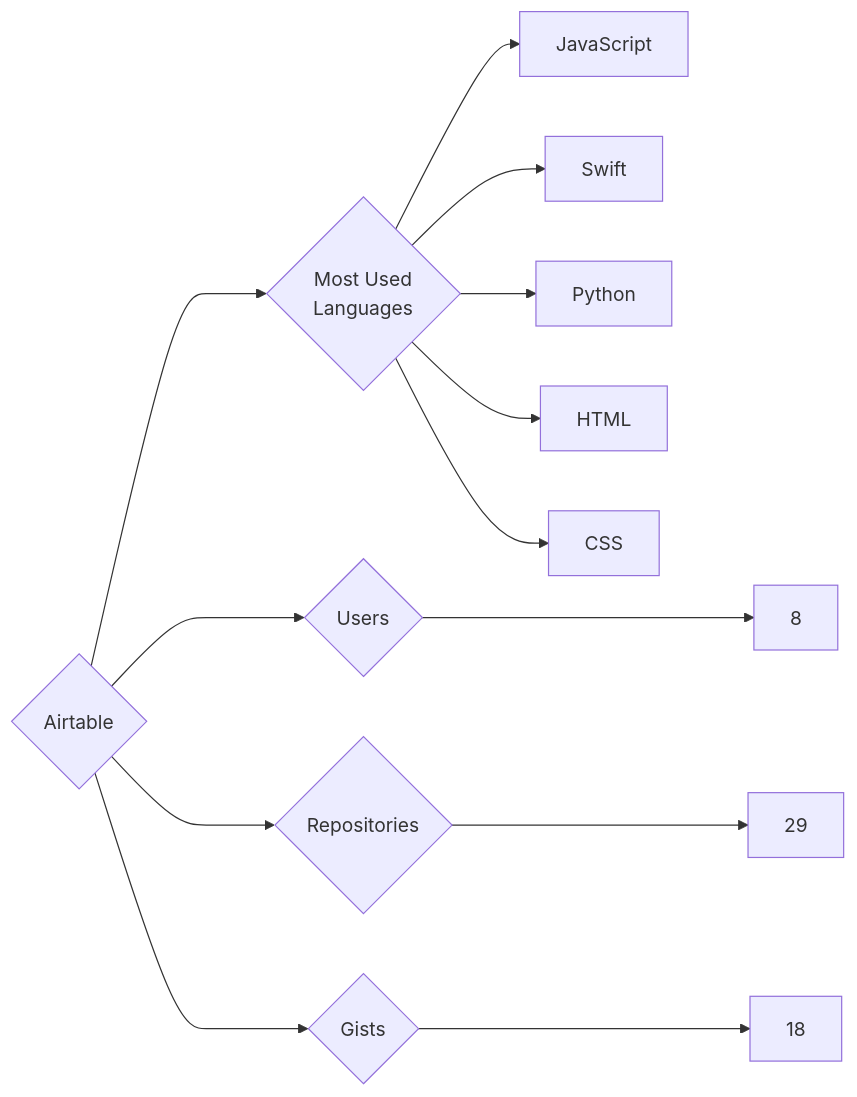
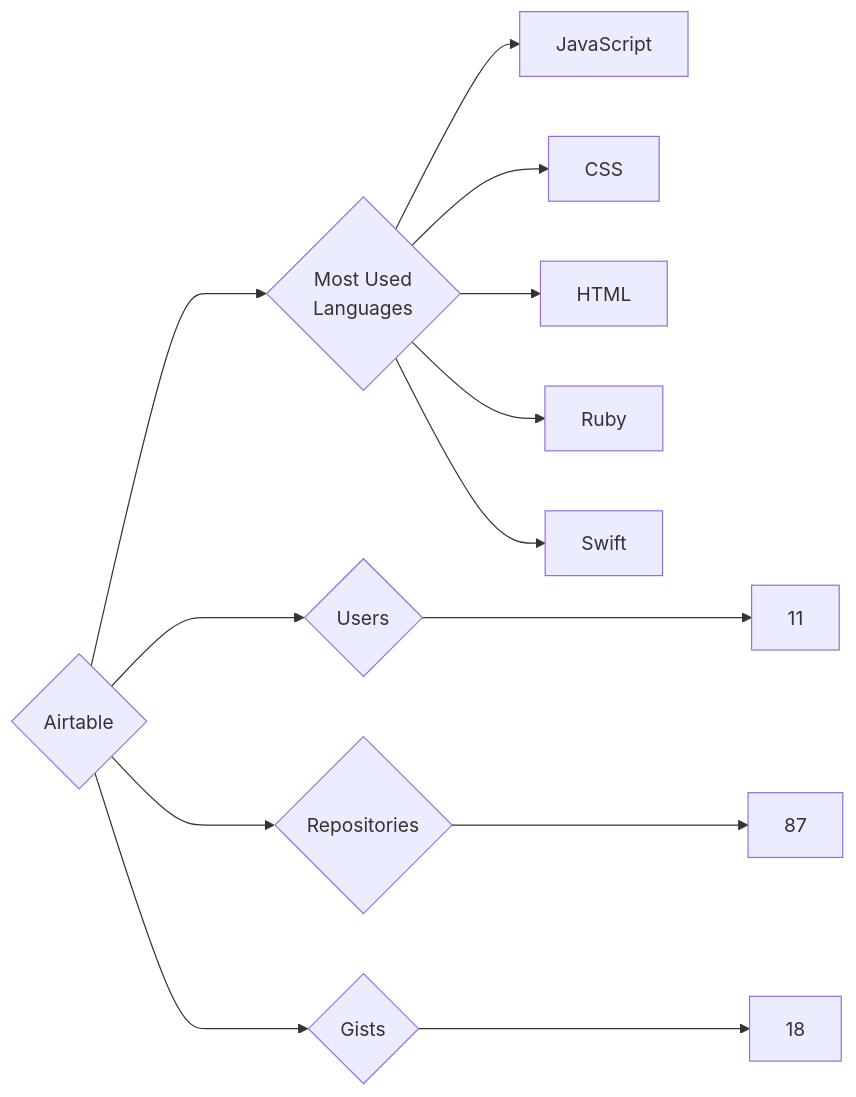
The diagram in targets/Airtable/README.md (trickest/insiders), drawn with Mermaid before and after one commit. The commit also changed 559 other files, not shown here.

````diff
--- a/targets/Airtable/README.md
+++ b/targets/Airtable/README.md
@@ -3,13 +3,13 @@
 ```mermaid
 graph LR
 COMPANY_NAME{Airtable}
-COMPANY_NAME ---> U{Users} ---> UN[8]
-COMPANY_NAME ---> R{Repositories} ---> RN[29]
+COMPANY_NAME ---> U{Users} ---> UN[11]
+COMPANY_NAME ---> R{Repositories} ---> RN[87]
 COMPANY_NAME ---> G{Gists} ---> GN[18]
 COMPANY_NAME ---> ML{Most Used<br>Languages}
 ML --> JavaScript[JavaScript]
+ML --> CSS[CSS]
+ML --> HTML[HTML]
+ML --> Ruby[Ruby]
 ML --> Swift[Swift]
-ML --> Python[Python]
-ML --> HTML[HTML]
-ML --> CSS[CSS]
 ```
````
